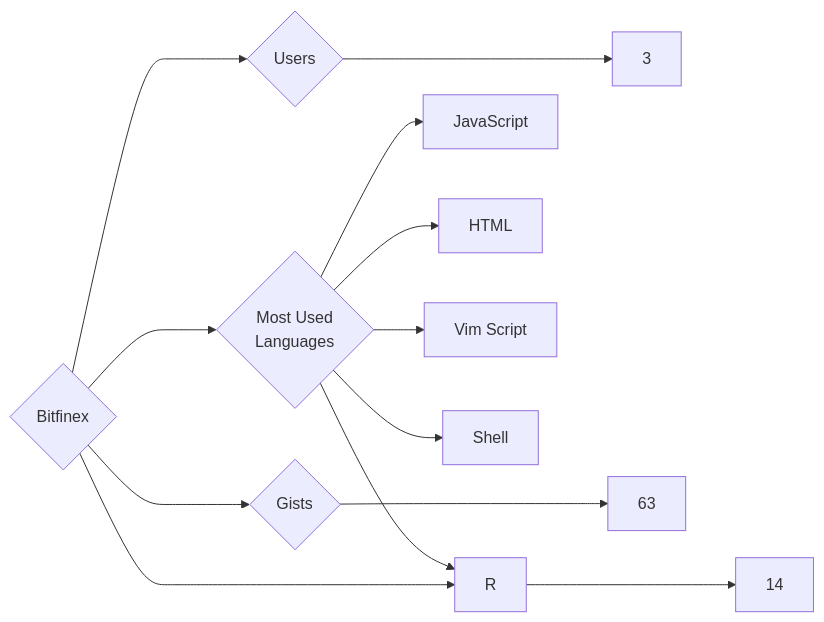
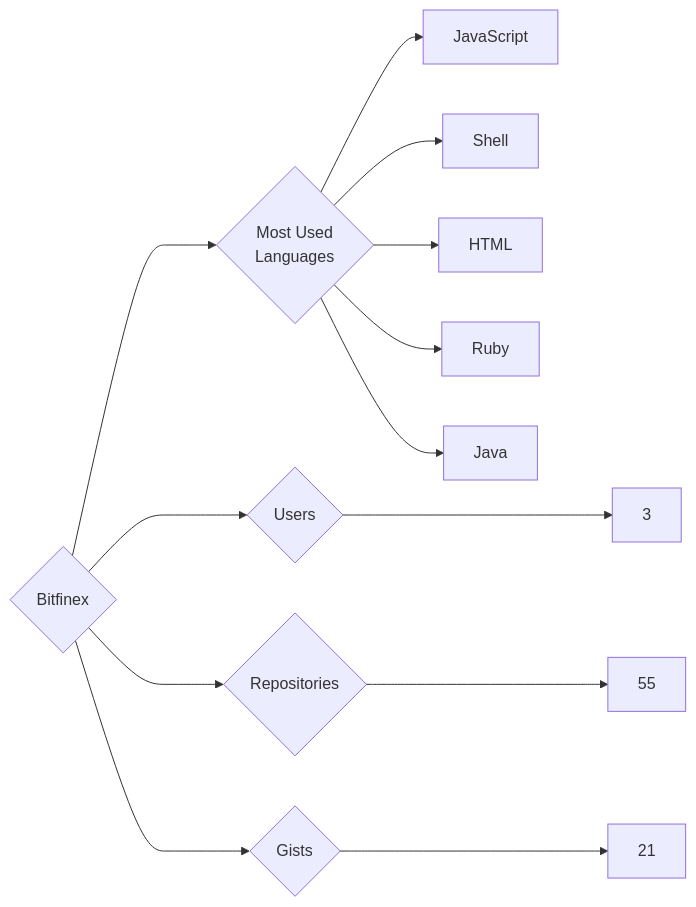
The diagram in targets/Bitfinex/README.md (trickest/insiders), drawn with Mermaid before and after one commit. The commit also changed 934 other files, not shown here.

````diff
--- a/targets/Bitfinex/README.md
+++ b/targets/Bitfinex/README.md
@@ -3,13 +3,13 @@
 ```mermaid
 graph LR
 COMPANY_NAME{Bitfinex}
 COMPANY_NAME ---> U{Users} ---> UN[3]
-COMPANY_NAME ---> R{Repositories} ---> RN[14]
-COMPANY_NAME ---> G{Gists} ---> GN[63]
+COMPANY_NAME ---> R{Repositories} ---> RN[55]
+COMPANY_NAME ---> G{Gists} ---> GN[21]
 COMPANY_NAME ---> ML{Most Used<br>Languages}
 ML --> JavaScript[JavaScript]
+ML --> Shell[Shell]
 ML --> HTML[HTML]
-ML --> Vim_Script[Vim Script]
-ML --> Shell[Shell]
-ML --> R[R]
+ML --> Ruby[Ruby]
+ML --> Java[Java]
 ```
````
